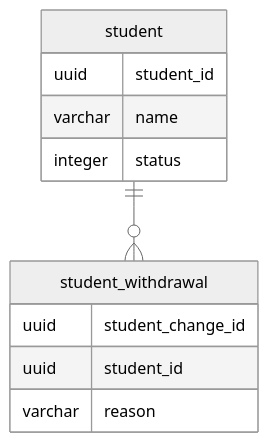
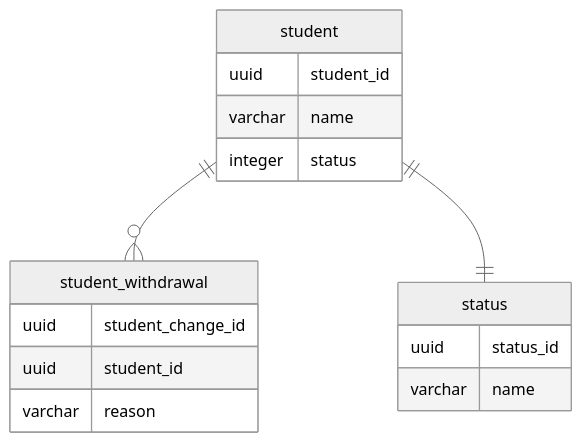
Before and after one commit to nyuusen/praha-challenge: the second of 2 diagrams in sql-anti-pattern/7/README.md, drawn with Mermaid (neutral theme). The commit also changed other lines of this file, not shown here.

Commit message:
statusを追加

````diff
--- a/sql-anti-pattern/7/README.md
+++ b/sql-anti-pattern/7/README.md
@@ -49,20 +49,26 @@
 ```mermaid
 erDiagram
 
 student  ||--o{ student_withdrawal: ""
+student  ||--|| status: ""
 
 student {
   uuid student_id
   varchar name
   integer status
+}
+
+status {
+  uuid status_id
+  varchar name
 }
 
 student_withdrawal {
   uuid student_change_id
   uuid student_id
   varchar reason
 
 }
 
 
 ```
````
